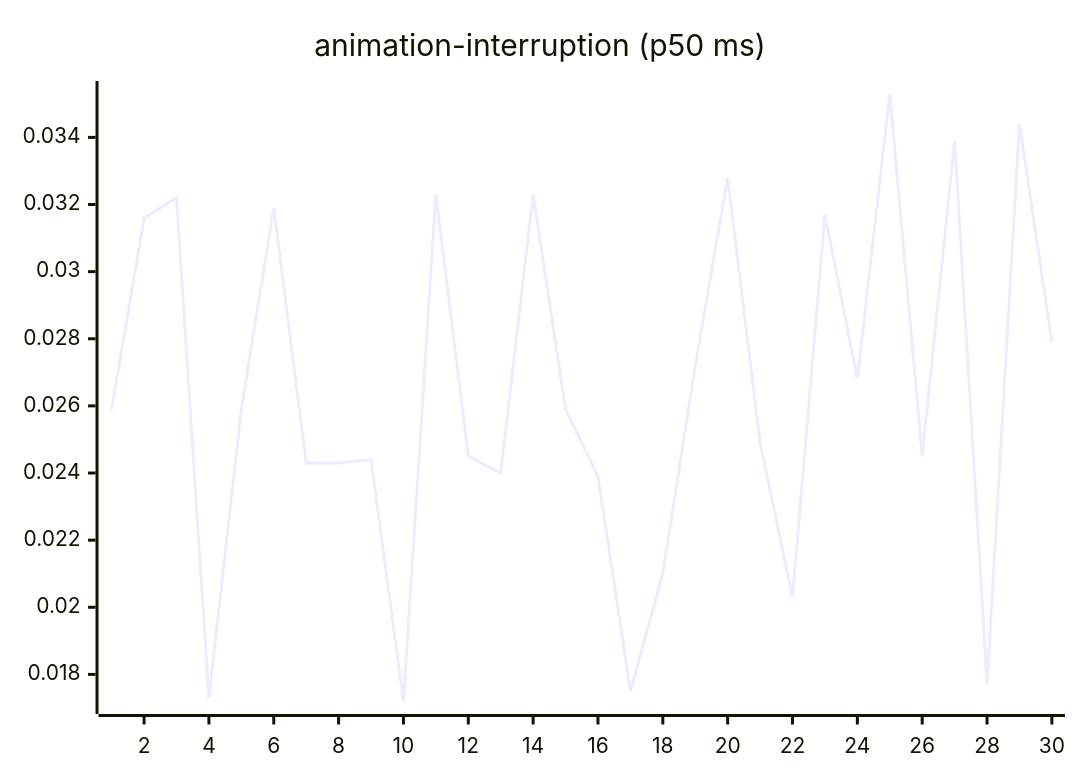
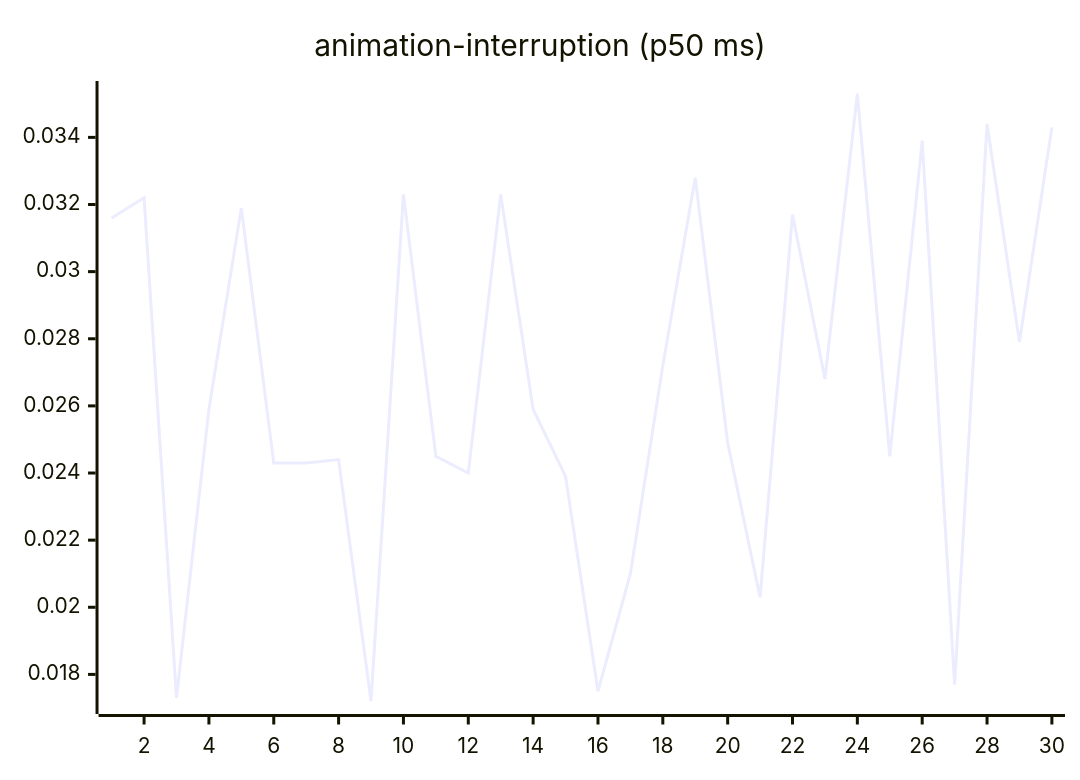
The third of 27 diagrams in README.md (josha/Facet), drawn with Mermaid before and after one commit. The commit also changed other lines of this file and 2 other files, not shown here.

````diff
--- a/README.md
+++ b/README.md
@@ -77,6 +77,6 @@
 ```mermaid
 xychart-beta
     title "animation-interruption (p50 ms)"
     x-axis 1 --> 30
-    line [0.0259, 0.0316, 0.0322, 0.0173, 0.0259, 0.0319, 0.0243, 0.0243, 0.0244, 0.0172, 0.0323, 0.0245, 0.0240, 0.0323, 0.0259, 0.0239, 0.0175, 0.0210, 0.0272, 0.0328, 0.0249, 0.0203, 0.0317, 0.0268, 0.0353, 0.0245, 0.0339, 0.0177, 0.0344, 0.0279]
+    line [0.0316, 0.0322, 0.0173, 0.0259, 0.0319, 0.0243, 0.0243, 0.0244, 0.0172, 0.0323, 0.0245, 0.0240, 0.0323, 0.0259, 0.0239, 0.0175, 0.0210, 0.0272, 0.0328, 0.0249, 0.0203, 0.0317, 0.0268, 0.0353, 0.0245, 0.0339, 0.0177, 0.0344, 0.0279, 0.0343]
 ```
````
